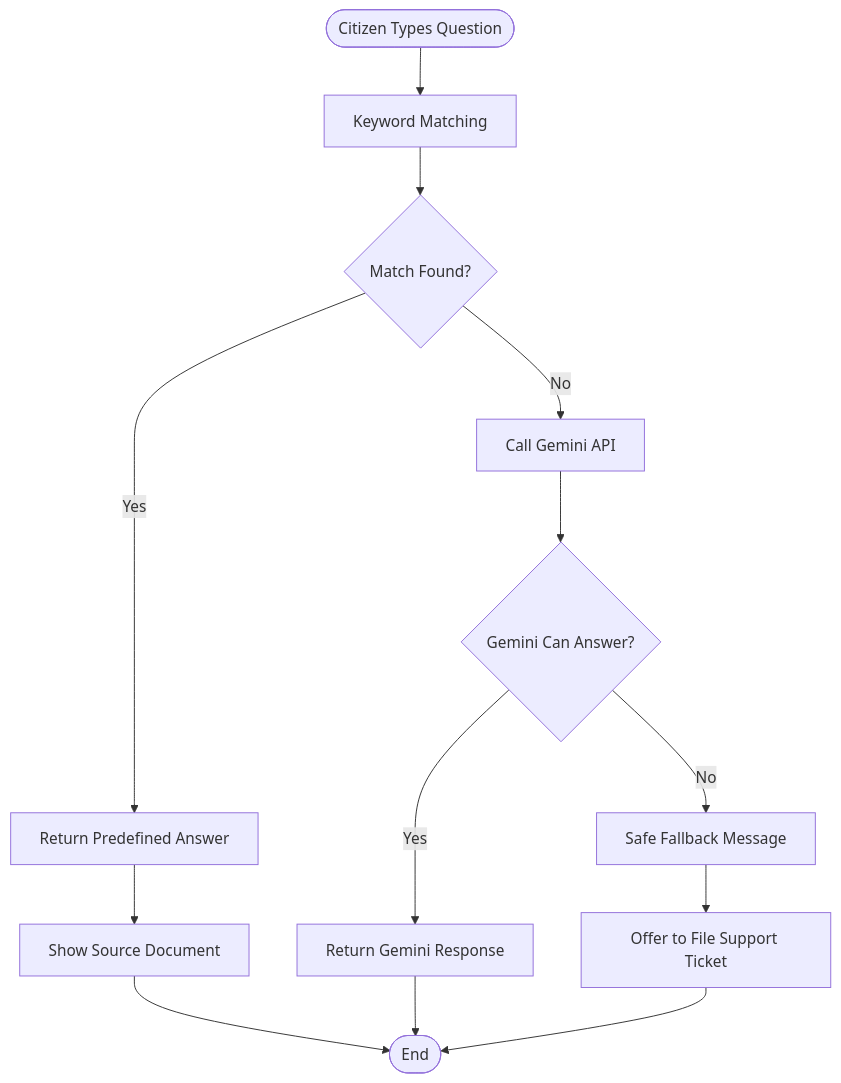
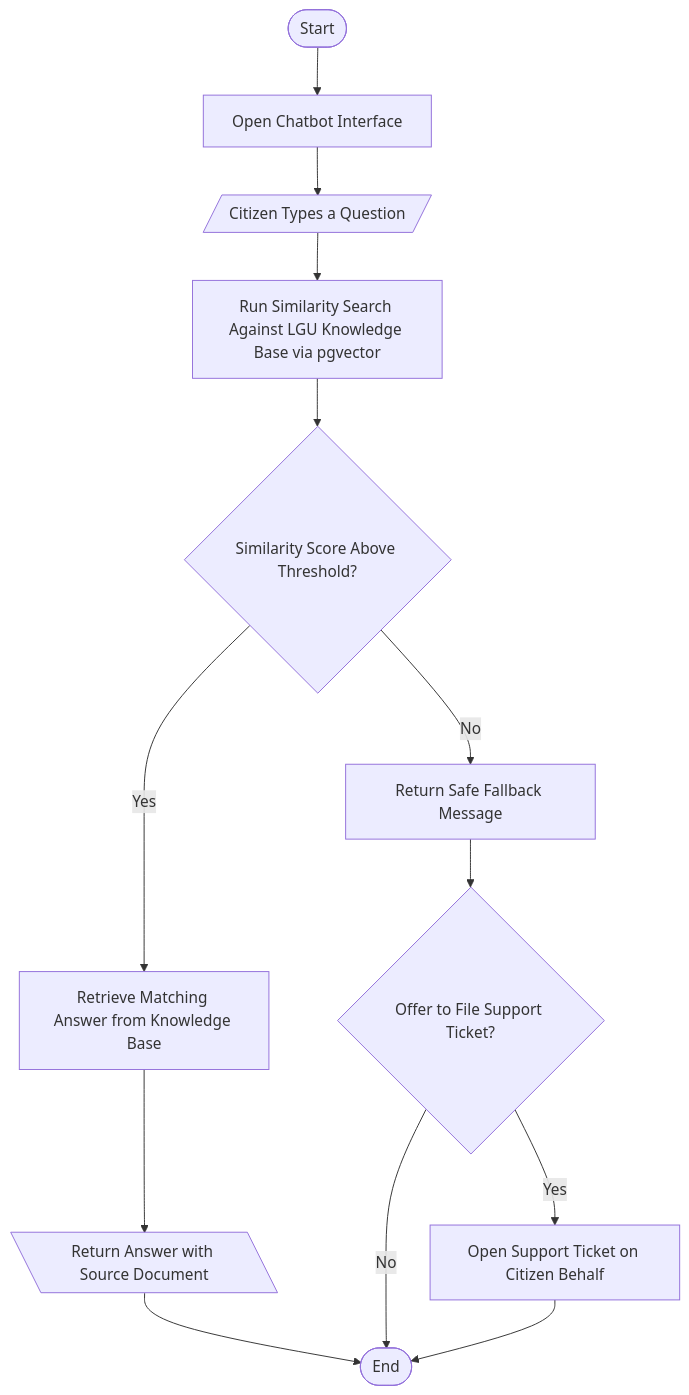
Diagram 19 of 25 in Manuscript/diagrams.md (MellowLaw/AGAPP), drawn with Mermaid before and after one commit. The commit also changed other lines of this file and 1 other file, not shown here.

Commit message:
feat: update diagrams and figures documentation with detailed flowcharts and wireframes for AGAPP

````diff
--- a/Manuscript/diagrams.md
+++ b/Manuscript/diagrams.md
@@ -407,19 +490,17 @@
 ```mermaid
 flowchart TD
-    Start([Citizen Types Question]) --> KM[Keyword Matching]
-    KM --> Check{Match Found?}
-    
-    Check -->|Yes| Answer[Return Predefined Answer]
-    Answer --> Source[Show Source Document]
+    Start([Start]) --> Open[Open Chatbot Interface]
+    Open --> Input[/Citizen Types a Question/]
+    Input --> RAG[Run Similarity Search Against LGU Knowledge Base via pgvector]
+    RAG --> Score{Similarity Score Above Threshold?}
+
+    Score -->|Yes| Answer[Retrieve Matching Answer from Knowledge Base]
+    Answer --> Source[\Return Answer with Source Document\]
     Source --> Done([End])
-    
-    Check -->|No| Gemini[Call Gemini API]
-    Gemini --> GeminiCheck{Gemini Can Answer?}
-    
-    GeminiCheck -->|Yes| GeminiAnswer[Return Gemini Response]
-    GeminiAnswer --> Done
-    
-    GeminiCheck -->|No| Fallback[Safe Fallback Message]
-    Fallback --> Ticket[Offer to File Support Ticket]
-    Ticket --> Done
+
+    Score -->|No| Fallback[Return Safe Fallback Message]
+    Fallback --> Ticket{Offer to File Support Ticket?}
+    Ticket -->|Yes| File[Open Support Ticket on Citizen Behalf]
+    Ticket -->|No| Done
+    File --> Done
 ```
````
